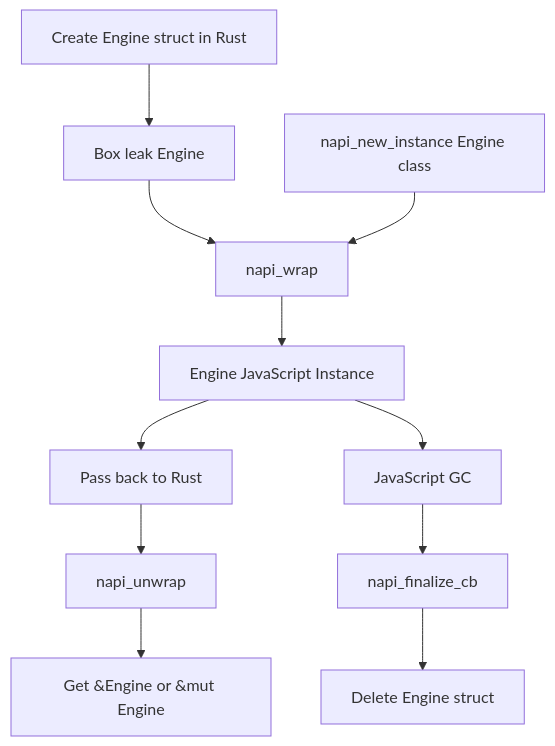
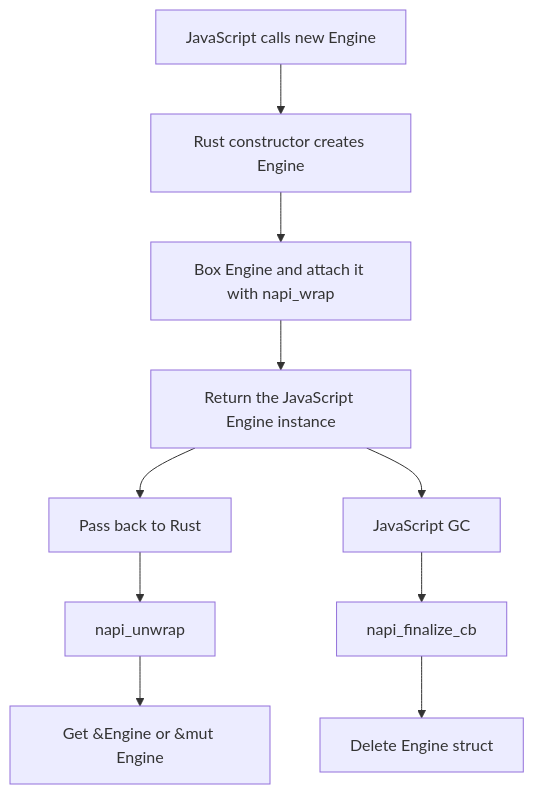
Before and after one commit to napi-rs/website: the first of 2 diagrams in content/docs/concepts/understanding-lifetime.en.mdx, drawn with Mermaid. The commit also changed other lines of this file and 299 other files, not shown here.

````diff
--- a/content/docs/concepts/understanding-lifetime.en.mdx
+++ b/content/docs/concepts/understanding-lifetime.en.mdx
@@ -80,24 +87,22 @@
 ```mermaid
 flowchart
-  A[Create Engine struct in Rust]
-  B[Box leak Engine]
-  C[napi_wrap]
-  D[napi_new_instance Engine class]
-  E[Engine JavaScript Instance]
+  A[JavaScript calls new Engine]
+  B[Rust constructor creates Engine]
+  C[Box Engine and attach it with napi_wrap]
+  D[Return the JavaScript Engine instance]
   F[Pass back to Rust]
   G[napi_unwrap]
   H[Get &Engine or &mut Engine]
   I[JavaScript GC]
   J[napi_finalize_cb]
   K[Delete Engine struct]
   A --> B
   B --> C
-  D --> C
-  C --> E
-  E --> F
+  C --> D
+  D --> F
   F --> G
   G --> H
-  E --> I
+  D --> I
   I --> J
   J --> K
 ```
````
